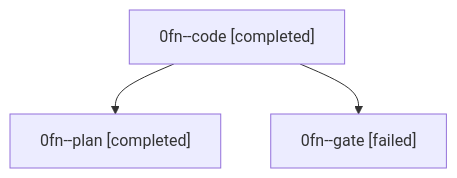
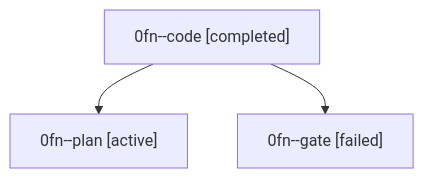
Before and after one commit to sase-org/sase--agents: the diagram in families/bbugyi200.athena.0fn.md, drawn with Mermaid. The commit also changed other lines of this file and 35830 other files, not shown here.

````diff
--- a/families/bbugyi200.athena.0fn.md
+++ b/families/bbugyi200.athena.0fn.md
@@ -9,8 +9,8 @@
 ```mermaid
 flowchart TD
   n0["0fn--code [completed]"]
-  n1["0fn--plan [completed]"]
+  n1["0fn--plan [active]"]
   n0 --> n1
   n2["0fn--gate [failed]"]
   n0 --> n2
 ```
````
